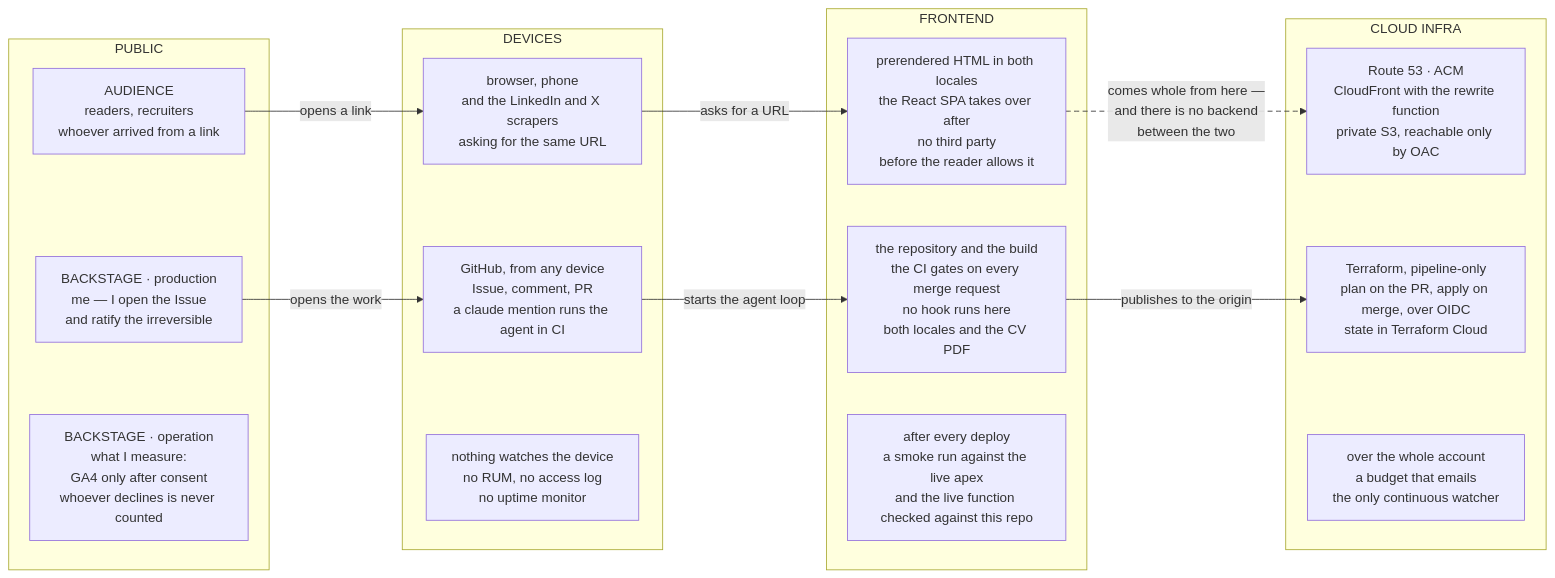
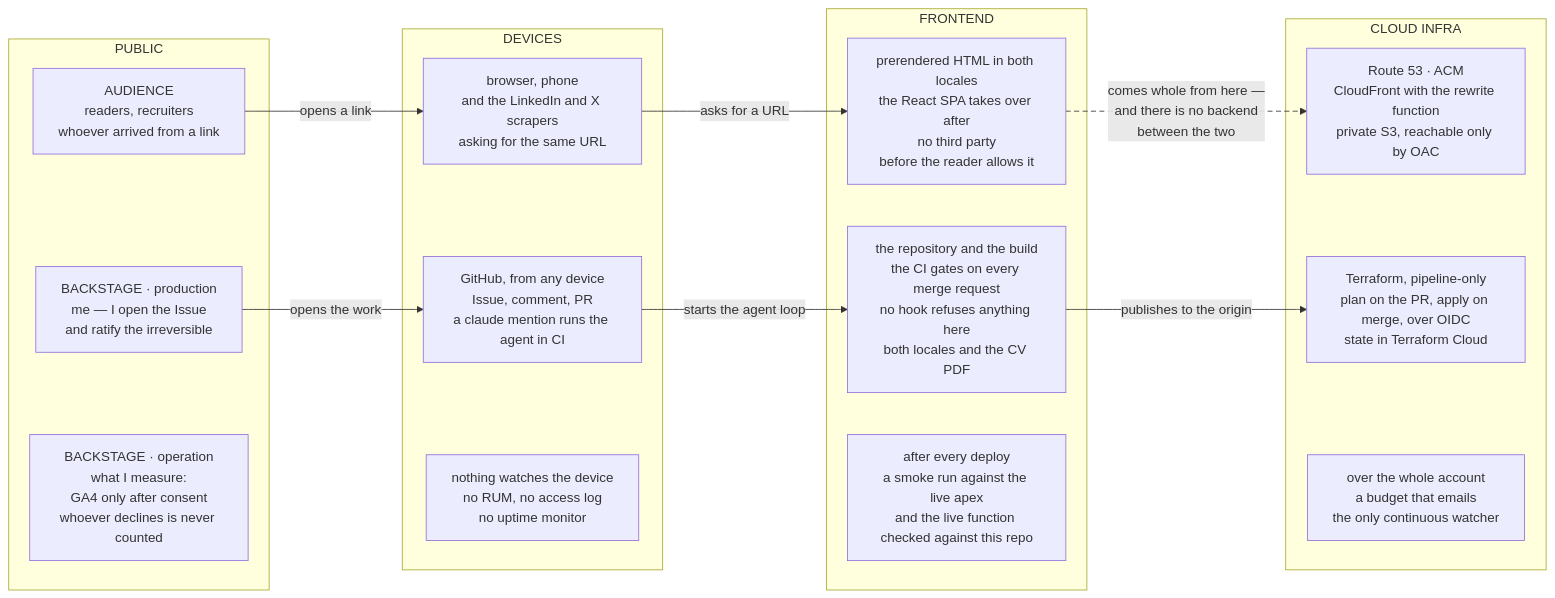
Before and after one commit to tedeuxx/tadeumendonca-io: the first of 3 diagrams in apps/fed/src/content/architecture.en.md, drawn with Mermaid. The commit also changed other lines of this file and 5 other files, not shown here.

First line of the commit message:
docs(architecture): state the plugin's status and count the three repos

````diff
--- a/apps/fed/src/content/architecture.en.md
+++ b/apps/fed/src/content/architecture.en.md
@@ -68,35 +68,35 @@
 ```mermaid
 flowchart LR
   accTitle: The lanes and the tiers — what the reader meets, and what keeps it standing
-  accDescr: A grid read from left to right, four columns wide — public, devices, frontend and cloud infra — with three lanes stacked inside them. The top lane is the audience, what the reader meets on the site: the public arrives from a link, the device asks for a URL, and what comes back is prerendered HTML in both locales, with the React SPA taking over afterwards and no third party loaded before the reader allows it — GA4 only on consent, YouTube only on a click. That page comes whole from the cloud infra column: Route 53, ACM, CloudFront with its rewrite function, and a private S3 bucket that answers only that distribution. Between frontend and infra there is no backend column, and that absence is the claim this drawing makes: there is no application tier, because the requirement never asked for one, and nothing of mine runs per request. The two lower lanes are the backstage, what nobody sees and what keeps the operation running. The production lane: I open the Issue and ratify the irreversible; GitHub is the console, from any device, and a claude mention runs the agent inside CI with no machine of mine switched on; the repository and the build carry the CI gates every merge request runs, and produce both locales and the CV PDF, while the personas come from the method installed at user level and no hook runs here; Terraform applies the infrastructure pipeline-only, with state in Terraform Cloud. The operation lane is the thinnest, and it is thin as a finding rather than by design: what I measure is GA4 after consent, so whoever declines is never counted; nothing watches the reader's device, no RUM, no access log and no uptime monitor; after every deploy a smoke run hits the live apex and checks that the published function is this repository's; and over the whole account there is a budget that emails, which is the only continuous watcher there is.
+  accDescr: A grid read from left to right, four columns wide — public, devices, frontend and cloud infra — with three lanes stacked inside them. The top lane is the audience, what the reader meets on the site: the public arrives from a link, the device asks for a URL, and what comes back is prerendered HTML in both locales, with the React SPA taking over afterwards and no third party loaded before the reader allows it — GA4 only on consent, YouTube only on a click. That page comes whole from the cloud infra column: Route 53, ACM, CloudFront with its rewrite function, and a private S3 bucket that answers only that distribution. Between frontend and infra there is no backend column, and that absence is the claim this drawing makes: there is no application tier, because the requirement never asked for one, and nothing of mine runs per request. The two lower lanes are the backstage, what nobody sees and what keeps the operation running. The production lane: I open the Issue and ratify the irreversible; GitHub is the console, from any device, and a claude mention runs the agent inside CI with no machine of mine switched on; the repository and the build carry the CI gates every merge request runs, and produce both locales and the CV PDF, while the personas come from the method installed at user level and no hook refuses anything here; Terraform applies the infrastructure pipeline-only, with state in Terraform Cloud. The operation lane is the thinnest, and it is thin as a finding rather than by design: what I measure is GA4 after consent, so whoever declines is never counted; nothing watches the reader's device, no RUM, no access log and no uptime monitor; after every deploy a smoke run hits the live apex and checks that the published function is this repository's; and over the whole account there is a budget that emails, which is the only continuous watcher there is.
   subgraph T1["PUBLIC"]
     A1["AUDIENCE<br/>readers, recruiters<br/>whoever arrived from a link"]
     B1["BACKSTAGE · production<br/>me — I open the Issue<br/>and ratify the irreversible"]
     C1["BACKSTAGE · operation<br/>what I measure:<br/>GA4 only after consent<br/>whoever declines is never counted"]
   end
   subgraph T2["DEVICES"]
     A2["browser, phone<br/>and the LinkedIn and X scrapers<br/>asking for the same URL"]
     B2["GitHub, from any device<br/>Issue, comment, PR<br/>a claude mention runs the agent in CI"]
     C2["nothing watches the device<br/>no RUM, no access log<br/>no uptime monitor"]
   end
   subgraph T3["FRONTEND"]
     A3["prerendered HTML in both locales<br/>the React SPA takes over after<br/>no third party<br/>before the reader allows it"]
-    B3["the repository and the build<br/>the CI gates on every merge request<br/>no hook runs here<br/>both locales and the CV PDF"]
+    B3["the repository and the build<br/>the CI gates on every merge request<br/>no hook refuses anything here<br/>both locales and the CV PDF"]
     C3["after every deploy<br/>a smoke run against the live apex<br/>and the live function checked against this repo"]
   end
   subgraph T4["CLOUD INFRA"]
     A4["Route 53 · ACM<br/>CloudFront with the rewrite function<br/>private S3, reachable only by OAC"]
     B4["Terraform, pipeline-only<br/>plan on the PR, apply on merge, over OIDC<br/>state in Terraform Cloud"]
     C4["over the whole account<br/>a budget that emails<br/>the only continuous watcher"]
   end
   A1 -- "opens a link" --> A2
   A2 -- "asks for a URL" --> A3
   A3 -- "comes whole from here —<br/>and there is no backend<br/>between the two" --> A4
   B1 -- "opens the work" --> B2
   B2 -- "starts the agent loop" --> B3
   B3 -- "publishes to the origin" --> B4
   C1 ~~~ C2
   C2 ~~~ C3
   C3 ~~~ C4
   linkStyle 2 stroke-dasharray:6 4
 ```
````
